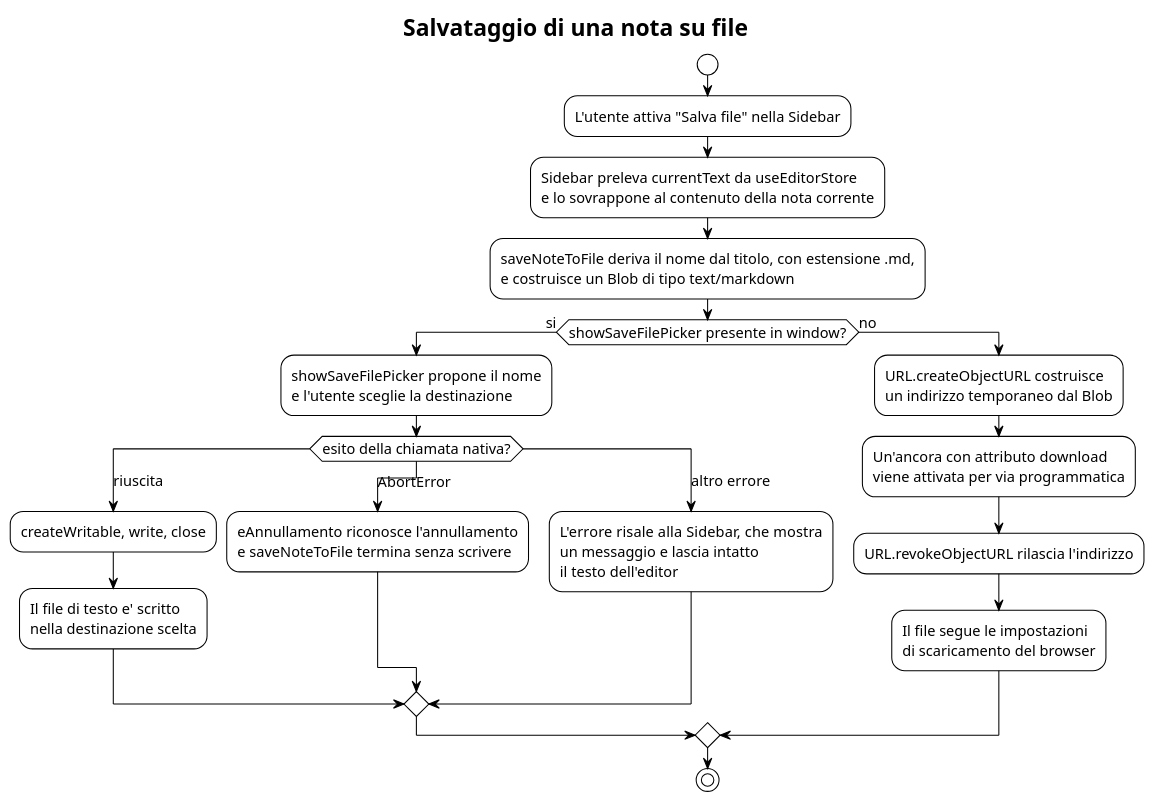
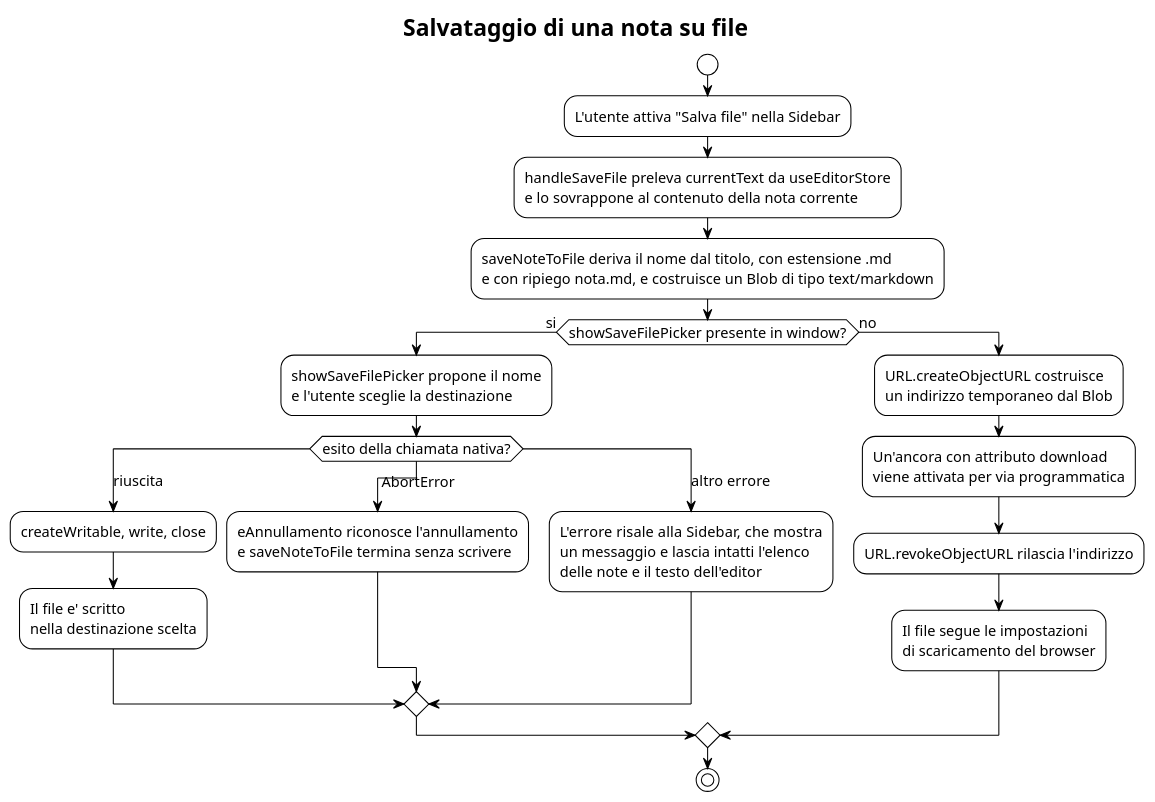
One commit to thebitless-group-swe/thebitless.github.io changed the diagram in PB/doc_esterna/specifica_tecnica/assets/plantuml/UML4.4.1-2.puml. Above: the diagram before and after it, drawn with PlantUML. The commit also changed 15 other files, not shown here.

Commit message:
fix(ST): sistema diagrammi UML capitolo 4.4 e coerenza con relativo testo

```diff
--- a/PB/doc_esterna/specifica_tecnica/assets/plantuml/UML4.4.1-2.puml
+++ b/PB/doc_esterna/specifica_tecnica/assets/plantuml/UML4.4.1-2.puml
@@ -1,55 +1,55 @@
 @startuml
 !theme plain
 hide circle
 skinparam classAttributeIconSize 0
 skinparam shadowing false
 skinparam nodesep 45
 skinparam ranksep 60
 skinparam defaultFontSize 14
 
 title Salvataggio di una nota su file
 
 start
 
 :L'utente attiva "Salva file" nella Sidebar;
 
-:Sidebar preleva currentText da useEditorStore
+:handleSaveFile preleva currentText da useEditorStore
 e lo sovrappone al contenuto della nota corrente;
 
-:saveNoteToFile deriva il nome dal titolo, con estensione .md,
-e costruisce un Blob di tipo text/markdown;
+:saveNoteToFile deriva il nome dal titolo, con estensione .md
+e con ripiego nota.md, e costruisce un Blob di tipo text/markdown;
 
 if (showSaveFilePicker presente in window?) then (si)
 
   :showSaveFilePicker propone il nome
   e l'utente sceglie la destinazione;
 
   switch (esito della chiamata nativa?)
   case (riuscita)
     :createWritable, write, close;
-    :Il file di testo e' scritto
+    :Il file e' scritto
     nella destinazione scelta;
-  case (AbortError)
+  case ( AbortError)
     :eAnnullamento riconosce l'annullamento
     e saveNoteToFile termina senza scrivere;
   case (altro errore)
     :L'errore risale alla Sidebar, che mostra
-    un messaggio e lascia intatto
-    il testo dell'editor;
+    un messaggio e lascia intatti l'elenco
+    delle note e il testo dell'editor;
   endswitch
 
 else (no)
 
   :URL.createObjectURL costruisce
   un indirizzo temporaneo dal Blob;
   :Un'ancora con attributo download
   viene attivata per via programmatica;
   :URL.revokeObjectURL rilascia l'indirizzo;
   :Il file segue le impostazioni
   di scaricamento del browser;
 
 endif
 
 stop
 
 @enduml
```
